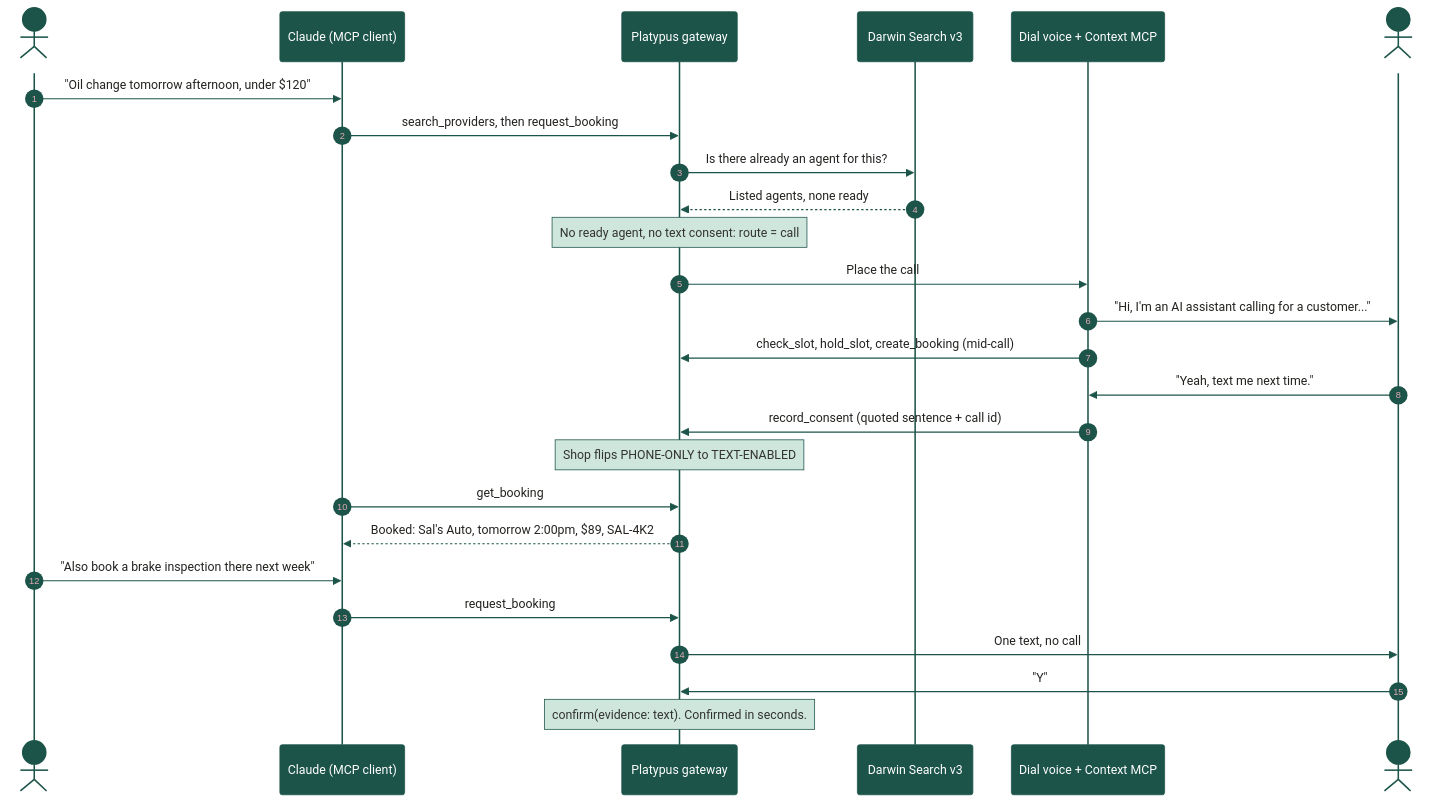
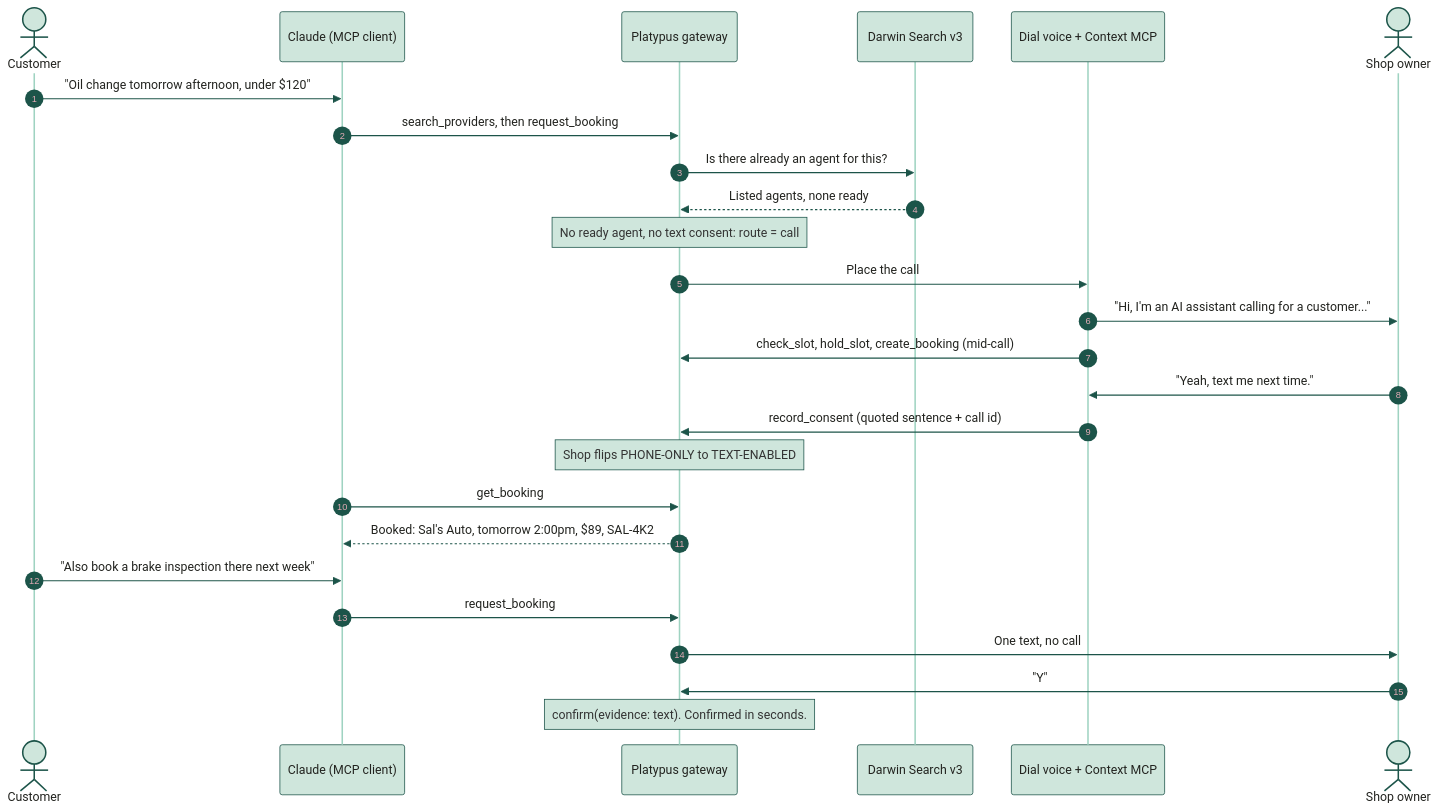
Before and after one commit to KarthikSubramanian07/Platypus: the first of 6 diagrams in README.md, drawn with Mermaid. The commit also changed other lines of this file and 14 other files, not shown here.

First line of the commit message:
Polish the README diagrams and screenshots, and fix what a stress pass found

````diff
--- a/README.md
+++ b/README.md
@@ -36,29 +36,29 @@
 ```mermaid
-%%{init: {'theme': 'base', 'themeVariables': {'fontFamily': 'ui-sans-serif, system-ui, sans-serif', 'primaryColor': '#f9f8f3', 'primaryTextColor': '#22231f', 'primaryBorderColor': '#1c5449', 'lineColor': '#1c5449', 'secondaryColor': '#cfe6dc', 'tertiaryColor': '#f4f1ea', 'clusterBkg': '#f4f1ea', 'clusterBorder': '#9fd3c1', 'actorBkg': '#1c5449', 'actorTextColor': '#ffffff', 'actorBorder': '#1c5449', 'noteBkgColor': '#cfe6dc', 'noteBorderColor': '#1c5449', 'signalColor': '#1c5449', 'labelBoxBkgColor': '#f9f8f3', 'xyChart': {'plotColorPalette': '#1c5449'}}}}%%
+%%{init: {'theme': 'base', 'themeVariables': {'fontFamily': 'ui-sans-serif, system-ui, sans-serif', 'primaryColor': '#f9f8f3', 'primaryTextColor': '#22231f', 'primaryBorderColor': '#1c5449', 'lineColor': '#1c5449', 'secondaryColor': '#cfe6dc', 'tertiaryColor': '#f4f1ea', 'clusterBkg': '#f4f1ea', 'clusterBorder': '#9fd3c1', 'actorBkg': '#cfe6dc', 'actorTextColor': '#22231f', 'actorBorder': '#1c5449', 'actorLineColor': '#9fd3c1', 'noteBkgColor': '#cfe6dc', 'noteBorderColor': '#1c5449', 'signalColor': '#1c5449', 'labelBoxBkgColor': '#f9f8f3', 'xyChart': {'plotColorPalette': '#1c5449'}}}}%%
 sequenceDiagram
     autonumber
     actor C as Customer
     participant A as Claude (MCP client)
     participant G as Platypus gateway
     participant D as Darwin Search v3
     participant V as Dial voice + Context MCP
     actor O as Shop owner
     C->>A: "Oil change tomorrow afternoon, under $120"
     A->>G: search_providers, then request_booking
     G->>D: Is there already an agent for this?
     D-->>G: Listed agents, none ready
     Note over G: No ready agent, no text consent: route = call
     G->>V: Place the call
     V->>O: "Hi, I'm an AI assistant calling for a customer..."
     V->>G: check_slot, hold_slot, create_booking (mid-call)
     O->>V: "Yeah, text me next time."
     V->>G: record_consent (quoted sentence + call id)
     Note over G: Shop flips PHONE-ONLY to TEXT-ENABLED
     A->>G: get_booking
     G-->>A: Booked: Sal's Auto, tomorrow 2:00pm, $89, SAL-4K2
     C->>A: "Also book a brake inspection there next week"
     A->>G: request_booking
     G->>O: One text, no call
     O->>G: "Y"
     Note over G: confirm(evidence: text). Confirmed in seconds.
 ```
````
